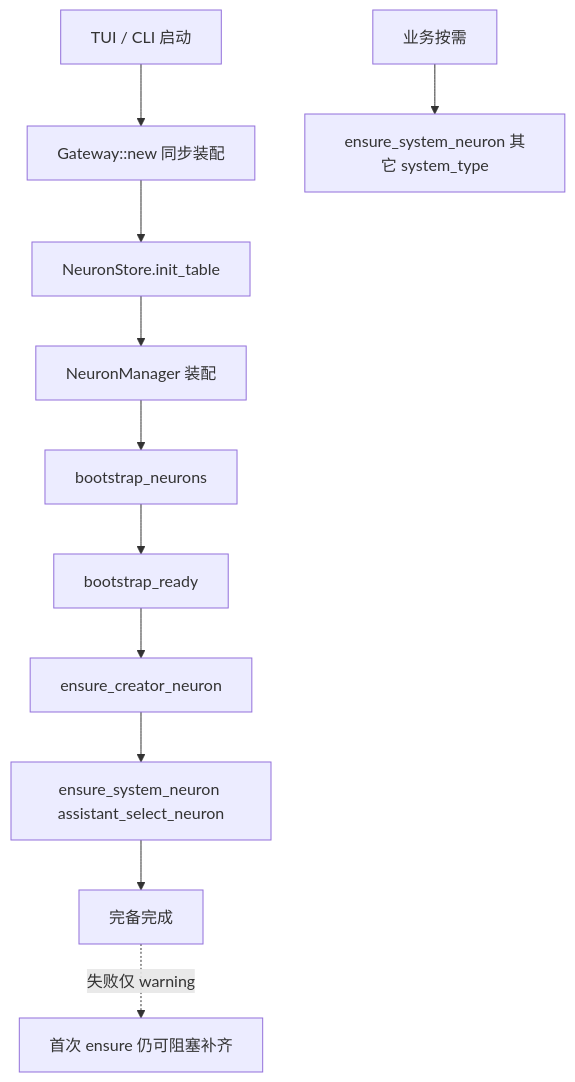
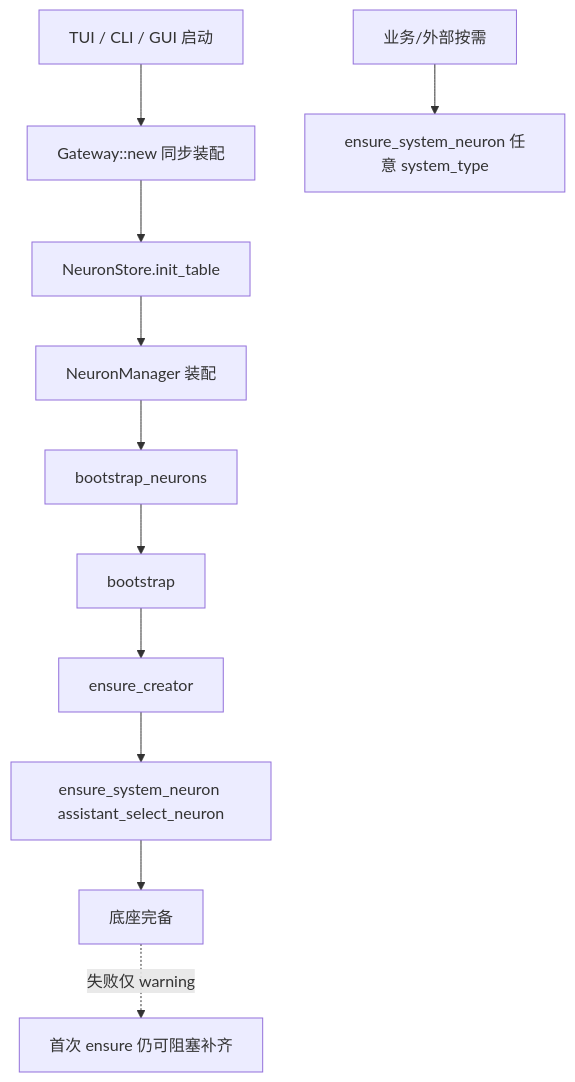
The first of 4 diagrams in docs/agent-app/neuron-init.md (luoanb/new-start), drawn with Mermaid before and after one commit. The commit also changed other lines of this file and 12 other files, not shown here.

````diff
--- a/docs/agent-app/neuron-init.md
+++ b/docs/agent-app/neuron-init.md
@@ -16,13 +19,13 @@
 ```mermaid
 flowchart TD
-  A[TUI / CLI 启动] --> B[Gateway::new 同步装配]
+  A[TUI / CLI / GUI 启动] --> B[Gateway::new 同步装配]
   B --> C[NeuronStore.init_table]
   C --> D[NeuronManager 装配]
   D --> E[bootstrap_neurons]
-  E --> F[bootstrap_ready]
-  F --> G[ensure_creator_neuron]
+  E --> F[bootstrap]
+  F --> G[ensure_creator]
   G --> H[ensure_system_neuron assistant_select_neuron]
-  H --> I[完备完成]
-  J[业务按需] --> K[ensure_system_neuron 其它 system_type]
+  H --> I[底座完备]
+  J[业务/外部按需] --> K[ensure_system_neuron 任意 system_type]
   I -.->|失败仅 warning| L[首次 ensure 仍可阻塞补齐]
 ```
````
